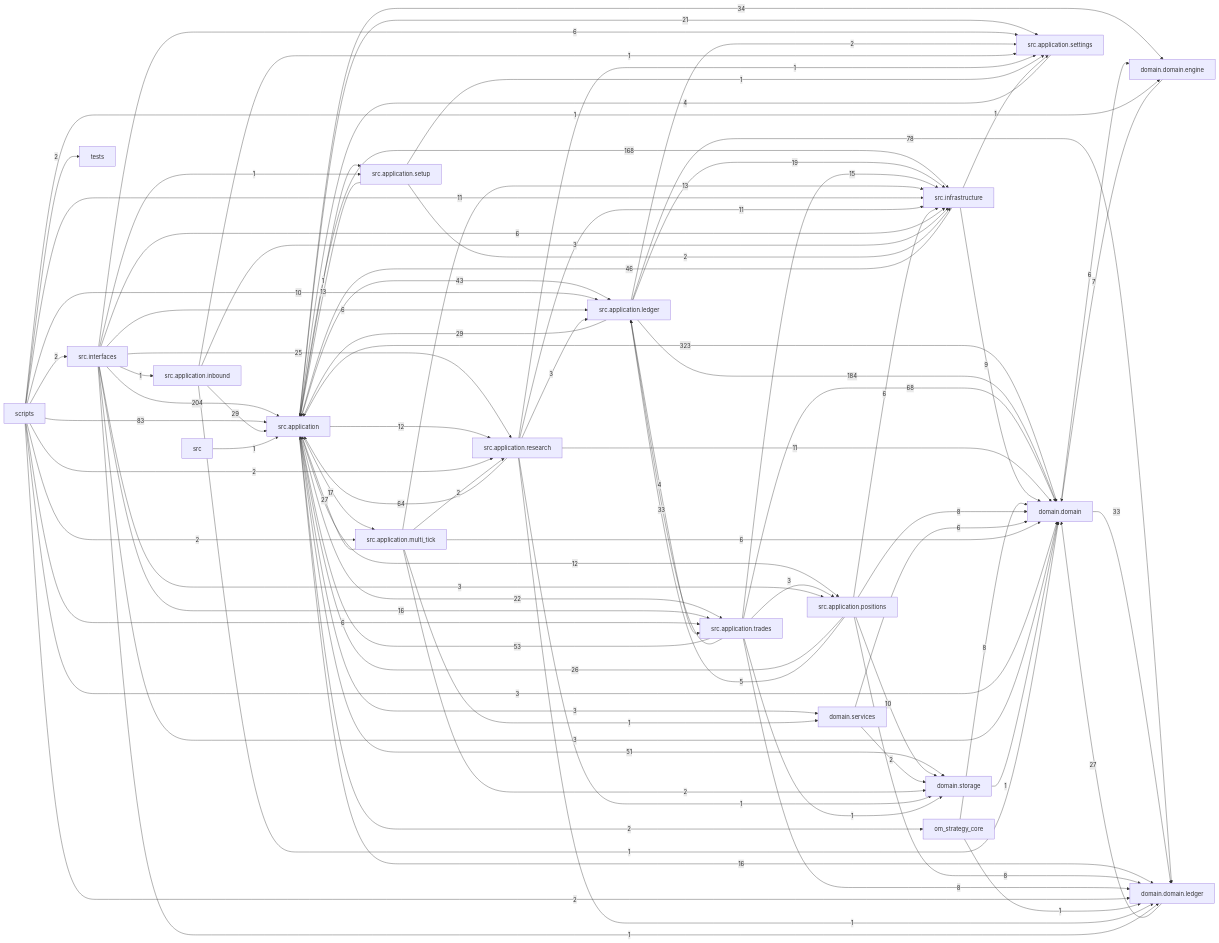
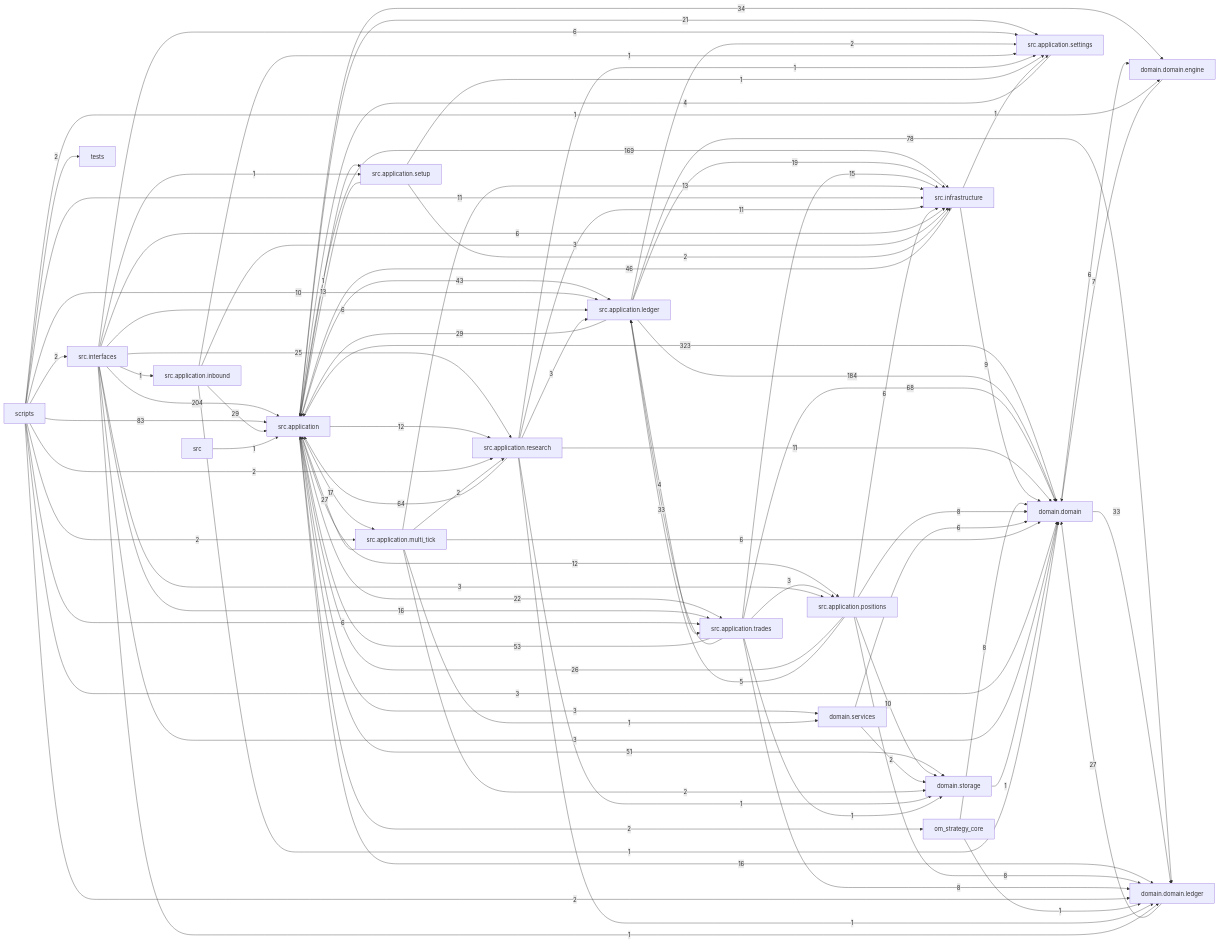
One commit to liuxie066/options-monitor changed the diagram in docs/dependency_graph.mmd. Above: the diagram before and after it, drawn with Mermaid. The commit also changed 43 other files, not shown here.

```diff
--- a/docs/dependency_graph.mmd
+++ b/docs/dependency_graph.mmd
@@ -1,90 +1,90 @@
 flowchart LR
   src_application["src.application"] -->|323| domain_domain["domain.domain"]
   src_interfaces["src.interfaces"] -->|204| src_application["src.application"]
   src_application_ledger["src.application.ledger"] -->|184| domain_domain["domain.domain"]
-  src_application["src.application"] -->|168| src_infrastructure["src.infrastructure"]
+  src_application["src.application"] -->|169| src_infrastructure["src.infrastructure"]
   scripts["scripts"] -->|83| src_application["src.application"]
   src_application_ledger["src.application.ledger"] -->|78| domain_domain_ledger["domain.domain.ledger"]
   src_application_trades["src.application.trades"] -->|68| domain_domain["domain.domain"]
   src_application_research["src.application.research"] -->|64| src_application["src.application"]
   src_application_trades["src.application.trades"] -->|53| src_application["src.application"]
   src_application["src.application"] -->|51| domain_storage["domain.storage"]
   src_infrastructure["src.infrastructure"] -->|46| src_application["src.application"]
   src_application["src.application"] -->|43| src_application_ledger["src.application.ledger"]
   src_application["src.application"] -->|34| domain_domain_engine["domain.domain.engine"]
   domain_domain["domain.domain"] -->|33| domain_domain_ledger["domain.domain.ledger"]
   src_application_trades["src.application.trades"] -->|33| src_application_ledger["src.application.ledger"]
   src_application_inbound["src.application.inbound"] -->|29| src_application["src.application"]
   src_application_ledger["src.application.ledger"] -->|29| src_application["src.application"]
   domain_domain_ledger["domain.domain.ledger"] -->|27| domain_domain["domain.domain"]
   src_application_multi_tick["src.application.multi_tick"] -->|27| src_application["src.application"]
   src_application_positions["src.application.positions"] -->|26| src_application["src.application"]
   src_interfaces["src.interfaces"] -->|25| src_application_research["src.application.research"]
   src_application["src.application"] -->|22| src_application_trades["src.application.trades"]
   src_application["src.application"] -->|21| src_application_settings["src.application.settings"]
   src_application_ledger["src.application.ledger"] -->|19| src_infrastructure["src.infrastructure"]
   src_application["src.application"] -->|17| src_application_multi_tick["src.application.multi_tick"]
   src_application["src.application"] -->|16| domain_domain_ledger["domain.domain.ledger"]
   src_interfaces["src.interfaces"] -->|16| src_application_trades["src.application.trades"]
   src_application_trades["src.application.trades"] -->|15| src_infrastructure["src.infrastructure"]
   src_application_multi_tick["src.application.multi_tick"] -->|13| src_infrastructure["src.infrastructure"]
   src_application_setup["src.application.setup"] -->|13| src_application["src.application"]
   src_application["src.application"] -->|12| src_application_positions["src.application.positions"]
   src_application["src.application"] -->|12| src_application_research["src.application.research"]
   scripts["scripts"] -->|11| src_infrastructure["src.infrastructure"]
   src_application_research["src.application.research"] -->|11| domain_domain["domain.domain"]
   src_application_research["src.application.research"] -->|11| src_infrastructure["src.infrastructure"]
   scripts["scripts"] -->|10| src_application_ledger["src.application.ledger"]
   src_application_positions["src.application.positions"] -->|10| domain_storage["domain.storage"]
   src_infrastructure["src.infrastructure"] -->|9| domain_domain["domain.domain"]
   om_strategy_core["om_strategy_core"] -->|8| domain_domain["domain.domain"]
   src_application_positions["src.application.positions"] -->|8| domain_domain["domain.domain"]
   src_application_positions["src.application.positions"] -->|8| domain_domain_ledger["domain.domain.ledger"]
   src_application_trades["src.application.trades"] -->|8| domain_domain_ledger["domain.domain.ledger"]
   domain_domain_engine["domain.domain.engine"] -->|7| domain_domain["domain.domain"]
   domain_domain["domain.domain"] -->|6| domain_domain_engine["domain.domain.engine"]
   domain_services["domain.services"] -->|6| domain_domain["domain.domain"]
   scripts["scripts"] -->|6| src_application_trades["src.application.trades"]
   src_application_multi_tick["src.application.multi_tick"] -->|6| domain_domain["domain.domain"]
   src_application_positions["src.application.positions"] -->|6| src_infrastructure["src.infrastructure"]
   src_interfaces["src.interfaces"] -->|6| src_application_ledger["src.application.ledger"]
   src_interfaces["src.interfaces"] -->|6| src_application_settings["src.application.settings"]
   src_interfaces["src.interfaces"] -->|6| src_infrastructure["src.infrastructure"]
   src_application_positions["src.application.positions"] -->|5| src_application_ledger["src.application.ledger"]
   src_application_ledger["src.application.ledger"] -->|4| src_application_trades["src.application.trades"]
   src_application_settings["src.application.settings"] -->|4| src_application["src.application"]
   scripts["scripts"] -->|3| domain_domain["domain.domain"]
   src_application["src.application"] -->|3| domain_services["domain.services"]
   src_application_inbound["src.application.inbound"] -->|3| src_infrastructure["src.infrastructure"]
   src_application_research["src.application.research"] -->|3| src_application_ledger["src.application.ledger"]
   src_application_trades["src.application.trades"] -->|3| src_application_positions["src.application.positions"]
   src_interfaces["src.interfaces"] -->|3| domain_domain["domain.domain"]
   src_interfaces["src.interfaces"] -->|3| src_application_positions["src.application.positions"]
   domain_services["domain.services"] -->|2| domain_storage["domain.storage"]
   scripts["scripts"] -->|2| domain_domain_ledger["domain.domain.ledger"]
   scripts["scripts"] -->|2| src_application_multi_tick["src.application.multi_tick"]
   scripts["scripts"] -->|2| src_application_research["src.application.research"]
   scripts["scripts"] -->|2| src_interfaces["src.interfaces"]
   scripts["scripts"] -->|2| tests["tests"]
   src_application["src.application"] -->|2| om_strategy_core["om_strategy_core"]
   src_application_ledger["src.application.ledger"] -->|2| src_application_settings["src.application.settings"]
   src_application_multi_tick["src.application.multi_tick"] -->|2| domain_storage["domain.storage"]
   src_application_multi_tick["src.application.multi_tick"] -->|2| src_application_research["src.application.research"]
   src_application_setup["src.application.setup"] -->|2| src_infrastructure["src.infrastructure"]
   domain_storage["domain.storage"] -->|1| domain_domain["domain.domain"]
   om_strategy_core["om_strategy_core"] -->|1| domain_domain_ledger["domain.domain.ledger"]
   scripts["scripts"] -->|1| domain_domain_engine["domain.domain.engine"]
   src["src"] -->|1| src_application["src.application"]
   src_application["src.application"] -->|1| src_application_setup["src.application.setup"]
   src_application_inbound["src.application.inbound"] -->|1| domain_domain["domain.domain"]
   src_application_inbound["src.application.inbound"] -->|1| src_application_settings["src.application.settings"]
   src_application_multi_tick["src.application.multi_tick"] -->|1| domain_services["domain.services"]
   src_application_research["src.application.research"] -->|1| domain_domain_ledger["domain.domain.ledger"]
   src_application_research["src.application.research"] -->|1| domain_storage["domain.storage"]
   src_application_research["src.application.research"] -->|1| src_application_settings["src.application.settings"]
   src_application_setup["src.application.setup"] -->|1| src_application_settings["src.application.settings"]
   src_application_trades["src.application.trades"] -->|1| domain_storage["domain.storage"]
   src_infrastructure["src.infrastructure"] -->|1| src_application_settings["src.application.settings"]
   src_interfaces["src.interfaces"] -->|1| domain_domain_ledger["domain.domain.ledger"]
   src_interfaces["src.interfaces"] -->|1| src_application_inbound["src.application.inbound"]
   src_interfaces["src.interfaces"] -->|1| src_application_setup["src.application.setup"]
```
